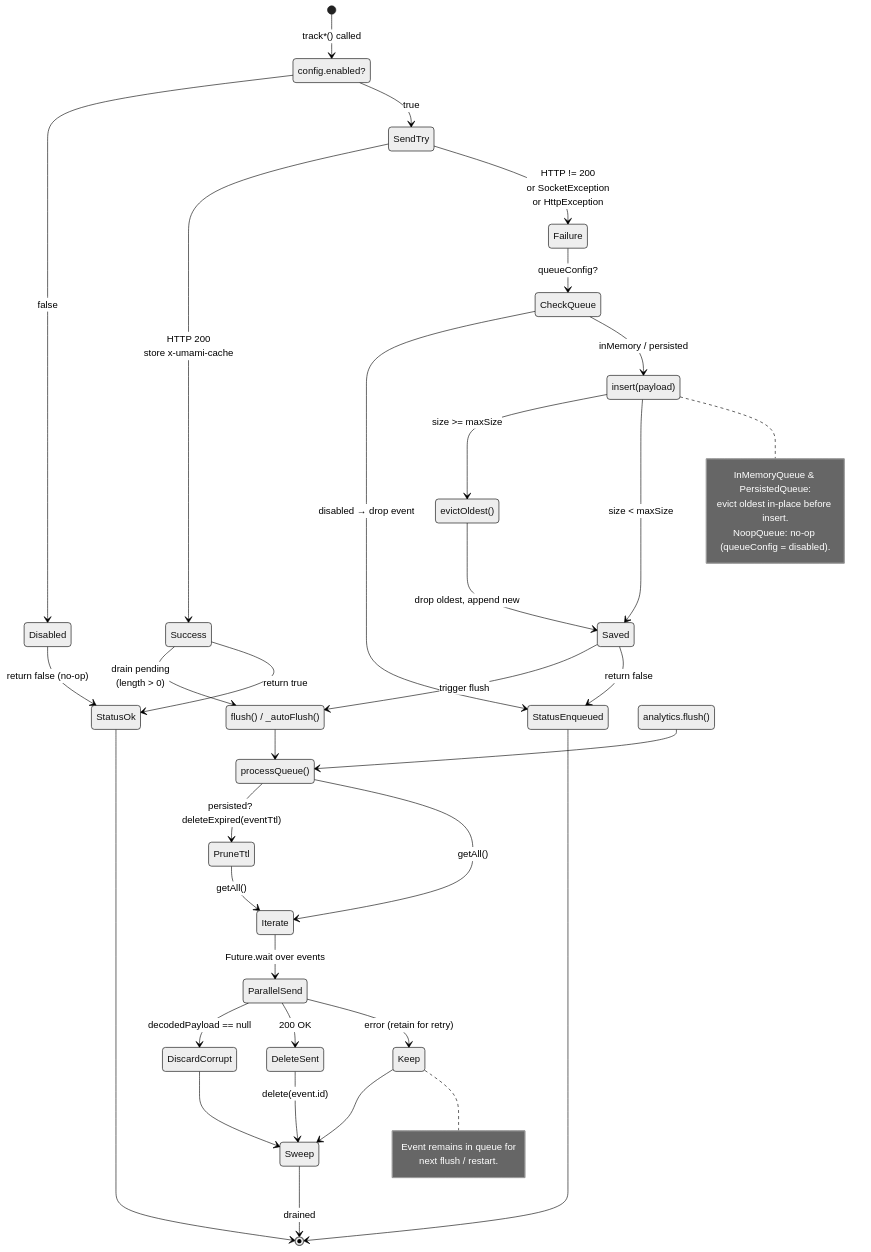
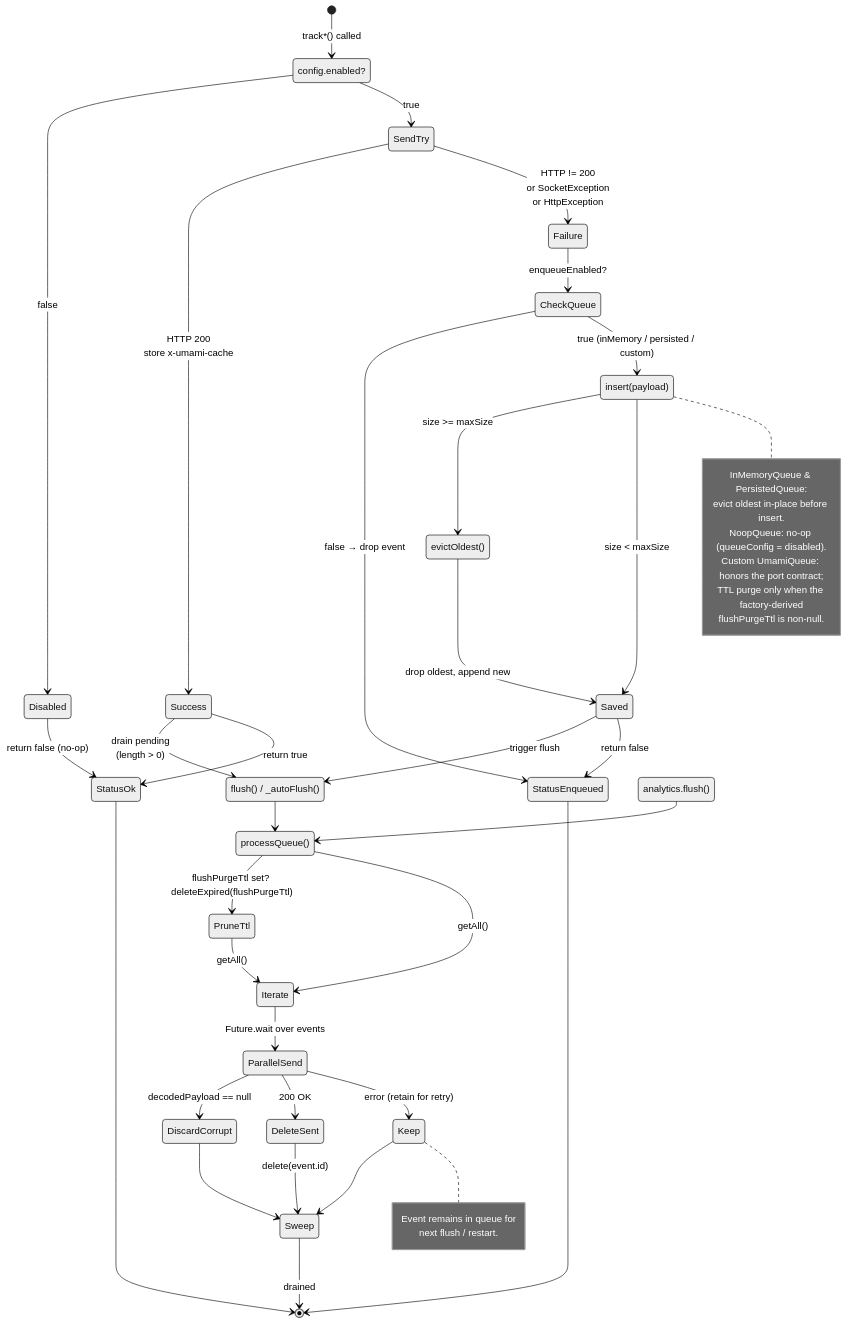
One commit to SynapseCanvas/flutter_umami_analytics changed the fifth of 6 diagrams in doc/architecture.md. Above: the diagram before and after it, drawn with Mermaid (neutral theme). The commit also changed other lines of this file and 7 other files, not shown here.

First line of the commit message:
feat(factory): allow injecting UmamiQueue

````diff
--- a/doc/architecture.md
+++ b/doc/architecture.md
@@ -247,62 +251,65 @@
 ```mermaid
 stateDiagram-v2
   [*] --> ConfigCheck: track*() called
 
   state "config.enabled?" as ConfigCheck
   ConfigCheck --> Disabled: false
   ConfigCheck --> SendTry: true
 
   Disabled --> StatusOk: return false (no-op)
 
   SendTry --> Success: HTTP 200<br/>store x-umami-cache
   SendTry --> Failure: HTTP != 200<br/>or SocketException<br/>or HttpException
 
-  Failure --> CheckQueue: queueConfig?
-  CheckQueue --> StatusEnqueued: disabled → drop event
-  CheckQueue --> QueueInsert: inMemory / persisted
+  Failure --> CheckQueue: enqueueEnabled?
+  CheckQueue --> StatusEnqueued: false → drop event
+  CheckQueue --> QueueInsert: true (inMemory / persisted / custom)
 
   state "insert(payload)" as QueueInsert
   QueueInsert --> AtCapacity: size >= maxSize
   QueueInsert --> Saved: size < maxSize
 
   state "evictOldest()" as AtCapacity
   AtCapacity --> Saved: drop oldest, append new
 
   Saved --> AutoFlush: trigger flush
   Saved --> StatusEnqueued: return false
 
   Success --> AutoFlush: drain pending<br/>(length > 0)
 
   state "flush() / _autoFlush()" as AutoFlush
   state "analytics.flush()" as FlushManual
   AutoFlush --> PruneAndDrain
   FlushManual --> PruneAndDrain
 
   state "processQueue()" as PruneAndDrain
-  PruneAndDrain --> PruneTtl: persisted? deleteExpired(eventTtl)
+  PruneAndDrain --> PruneTtl: flushPurgeTtl set? deleteExpired(flushPurgeTtl)
   PruneTtl --> Iterate: getAll()
   PruneAndDrain --> Iterate: getAll()
   Iterate --> ParallelSend: Future.wait over events
   ParallelSend --> DiscardCorrupt: decodedPayload == null
   ParallelSend --> DeleteSent: 200 OK
   ParallelSend --> Keep: error (retain for retry)
   DiscardCorrupt --> Sweep
   DeleteSent --> Sweep: delete(event.id)
   Keep --> Sweep
   Sweep --> [*]: drained
 
   Success --> StatusOk: return true
   StatusOk --> [*]
   StatusEnqueued --> [*]
 
   note right of QueueInsert
     InMemoryQueue & PersistedQueue:
     evict oldest in-place before insert.
     NoopQueue: no-op (queueConfig = disabled).
+    Custom UmamiQueue: honors the port contract;
+    TTL purge only when the factory-derived
+    flushPurgeTtl is non-null.
   end note
 
   note right of Keep
     Event remains in queue for
     next flush / restart.
   end note
 ```
````
